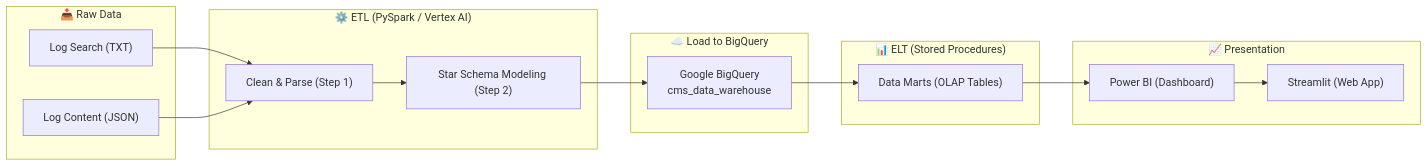
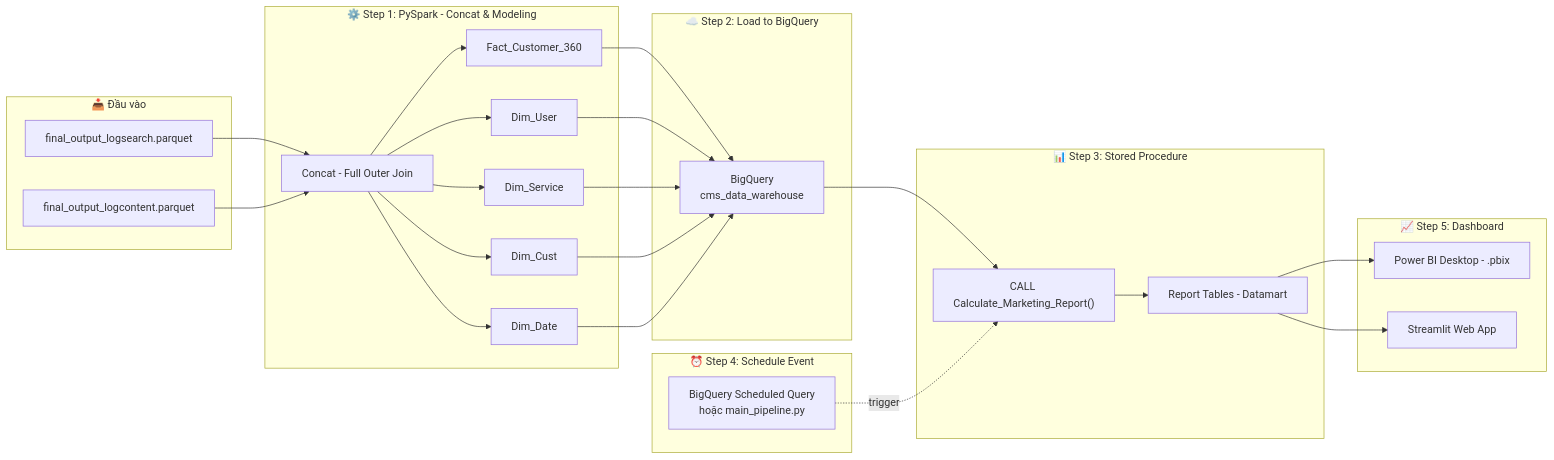
The diagram in README.md (nguyenmanhtuan2004/customer-360-data-pipeline), drawn with Mermaid before and after one commit.

Commit message:
docs: update README with Class 7 session notes and resources

````diff
--- a/README.md
+++ b/README.md
@@ -11,33 +11,52 @@
 ```mermaid
 flowchart LR
-    subgraph INPUT["📥 Raw Data"]
-        A["Log Search (TXT)"]
-        B["Log Content (JSON)"]
+    subgraph INPUT["📥 Đầu vào"]
+        A["final_output_logsearch.parquet"]
+        B["final_output_logcontent.parquet"]
     end
 
-    subgraph STEP1["⚙️ ETL (PySpark / Vertex AI)"]
-        C["Clean & Parse (Step 1)"]
-        D["Star Schema Modeling (Step 2)"]
+    subgraph STEP1["⚙️ Step 1: PySpark - Concat & Modeling"]
+        C["Concat - Full Outer Join"]
+        D["Fact_Customer_360"]
+        E["Dim_User"]
+        F["Dim_Service"]
+        F2["Dim_Cust"]
+        F3["Dim_Date"]
     end
 
-    subgraph STEP2["☁️ Load to BigQuery"]
-        E["Google BigQuery\ncms_data_warehouse"]
+    subgraph STEP2["☁️ Step 2: Load to BigQuery"]
+        G["BigQuery\ncms_data_warehouse"]
     end
 
-    subgraph STEP3["📊 ELT (Stored Procedures)"]
-        F["Data Marts (OLAP Tables)"]
+    subgraph STEP3["📊 Step 3: Stored Procedure"]
+        H["CALL Calculate_Marketing_Report()"]
+        I["Report Tables - Datamart"]
     end
 
-    subgraph STEP4["📈 Presentation"]
-        G["Power BI (Dashboard)"]
-        H["Streamlit (Web App)"]
+    subgraph STEP4["⏰ Step 4: Schedule Event"]
+        J["BigQuery Scheduled Query\nhoặc main_pipeline.py"]
+    end
+
+    subgraph STEP5["📈 Step 5: Dashboard"]
+        K["Power BI Desktop - .pbix"]
+        L["Streamlit Web App"]
     end
 
     A --> C
     B --> C
     C --> D
-    D --> E
-    E --> F
+    C --> E
+    C --> F
+    C --> F2
+    C --> F3
+    D --> G
+    E --> G
     F --> G
+    F2 --> G
+    F3 --> G
     G --> H
+    H --> I
+    J -.->|trigger| H
+    I --> K
+    I --> L
 ```
````
